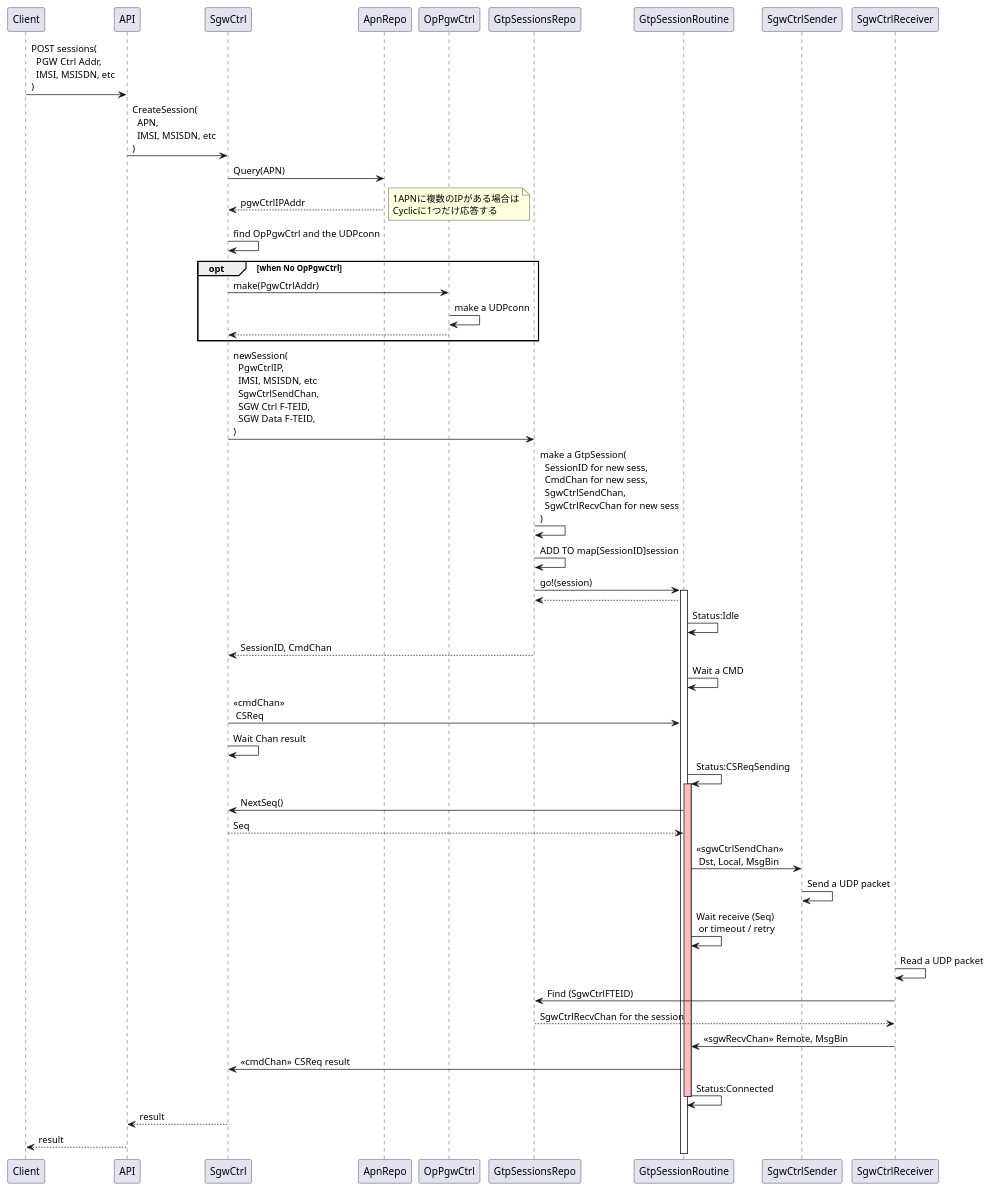
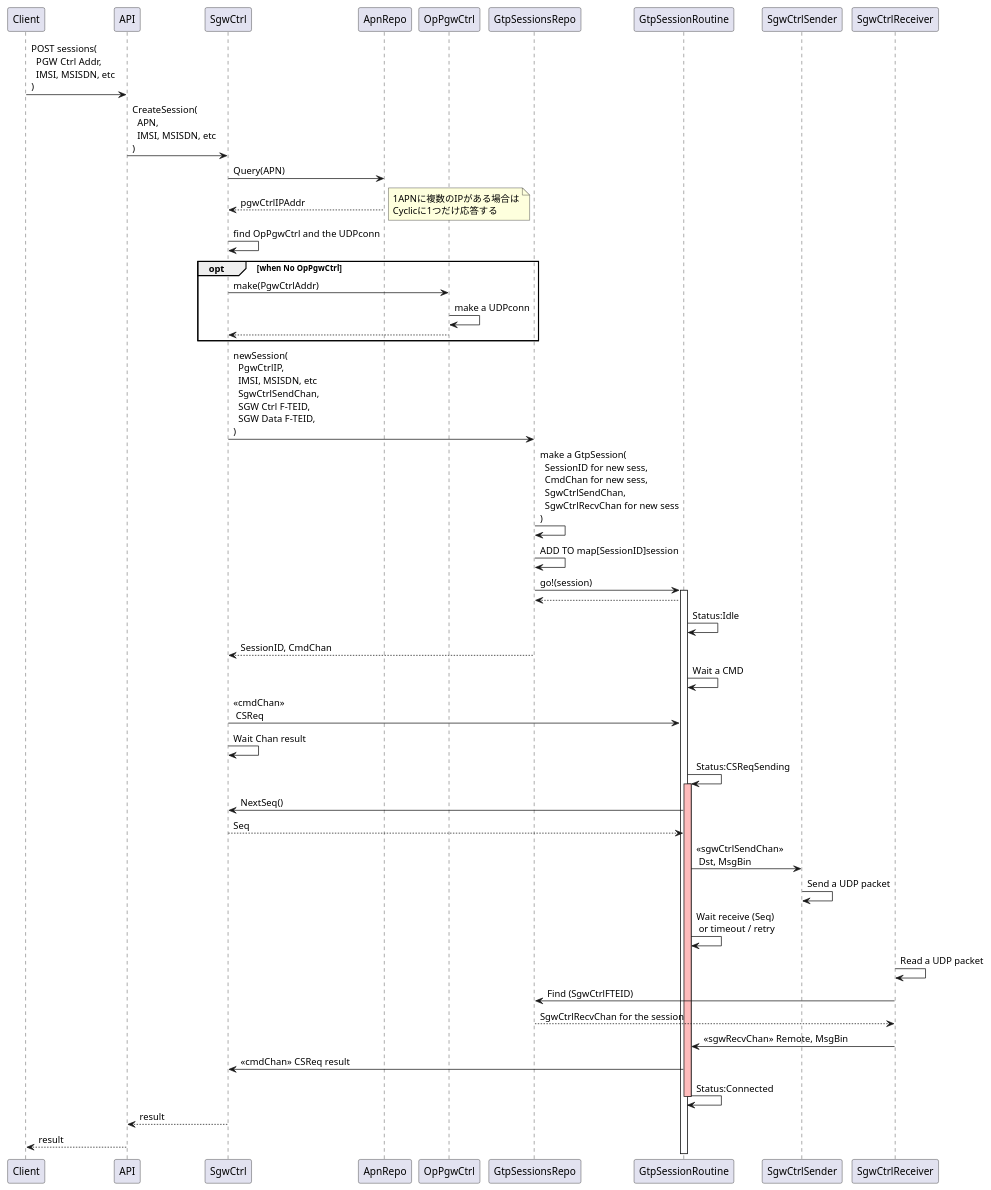
One commit to craftone/gojiko changed the diagram in docs/seqCSreqSgw.puml. Above: the diagram before and after it, drawn with PlantUML. The commit also changed 5 other files, not shown here.

Commit message:
Cut off gtpSessionCmd into a package.

```diff
--- a/docs/seqCSreqSgw.puml
+++ b/docs/seqCSreqSgw.puml
@@ -1,79 +1,79 @@
 @startuml seqCSreqSgw
 
 Client -> API : POST sessions(\n\
   PGW Ctrl Addr,\n\
   IMSI, MSISDN, etc\n\
 )
 
 API -> SgwCtrl : CreateSession(\n\
   APN,\n\
   IMSI, MSISDN, etc\n\
 )
 
 SgwCtrl -> ApnRepo : Query(APN)
 SgwCtrl <-- ApnRepo : pgwCtrlIPAddr
 note right: 1APNに複数のIPがある場合は\nCyclicに1つだけ応答する
 
 SgwCtrl -> SgwCtrl : find OpPgwCtrl and the UDPconn
 opt when No OpPgwCtrl
   SgwCtrl -> OpPgwCtrl : make(PgwCtrlAddr)
   OpPgwCtrl -> OpPgwCtrl : make a UDPconn
   SgwCtrl <-- OpPgwCtrl
 
 end
 
 SgwCtrl -> GtpSessionsRepo : newSession(\n\
   PgwCtrlIP,\n\
   IMSI, MSISDN, etc\n\
   SgwCtrlSendChan,\n\
   SGW Ctrl F-TEID,\n\
   SGW Data F-TEID,\n\
 )
 
 GtpSessionsRepo -> GtpSessionsRepo : make a GtpSession(\n\
   SessionID for new sess,\n\
   CmdChan for new sess,\n\
   SgwCtrlSendChan,\n\
   SgwCtrlRecvChan for new sess\n\
 )
 
 GtpSessionsRepo -> GtpSessionsRepo : ADD TO map[SessionID]session
 
 
 GtpSessionsRepo -> GtpSessionRoutine : go!(session)
 activate GtpSessionRoutine
 GtpSessionsRepo <-- GtpSessionRoutine
 
 GtpSessionRoutine -> GtpSessionRoutine : Status:Idle
 SgwCtrl <-- GtpSessionsRepo : SessionID, CmdChan
 
 GtpSessionRoutine -> GtpSessionRoutine : Wait a CMD
 SgwCtrl -> GtpSessionRoutine : <<cmdChan>>\n CSReq
 SgwCtrl -> SgwCtrl : Wait Chan result
 
 GtpSessionRoutine -> GtpSessionRoutine : Status:CSReqSending
 activate GtpSessionRoutine #FFBBBB
 
 GtpSessionRoutine -> SgwCtrl : NextSeq()
 GtpSessionRoutine <-- SgwCtrl : Seq
 
-GtpSessionRoutine -> SgwCtrlSender : <<sgwCtrlSendChan>>\n Dst, Local, MsgBin
+GtpSessionRoutine -> SgwCtrlSender : <<sgwCtrlSendChan>>\n Dst, MsgBin
 
 SgwCtrlSender -> SgwCtrlSender : Send a UDP packet
 
 GtpSessionRoutine -> GtpSessionRoutine : Wait receive (Seq) \n or timeout / retry
 
 SgwCtrlReceiver -> SgwCtrlReceiver : Read a UDP packet
 SgwCtrlReceiver -> GtpSessionsRepo : Find (SgwCtrlFTEID)
 SgwCtrlReceiver <-- GtpSessionsRepo : SgwCtrlRecvChan for the session
 SgwCtrlReceiver -> GtpSessionRoutine : <<sgwRecvChan>> Remote, MsgBin
 SgwCtrl <- GtpSessionRoutine : <<cmdChan>> CSReq result
 
 GtpSessionRoutine -> GtpSessionRoutine : Status:Connected
 deactivate GtpSessionRoutine
 
 API <-- SgwCtrl : result
 Client <-- API : result
 
 
 @enduml
```
